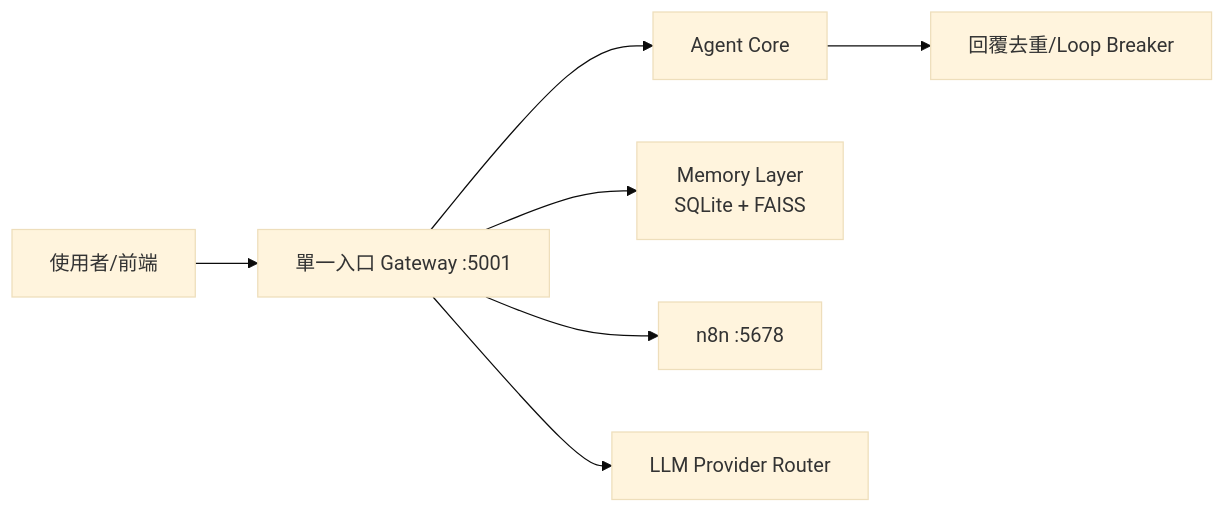
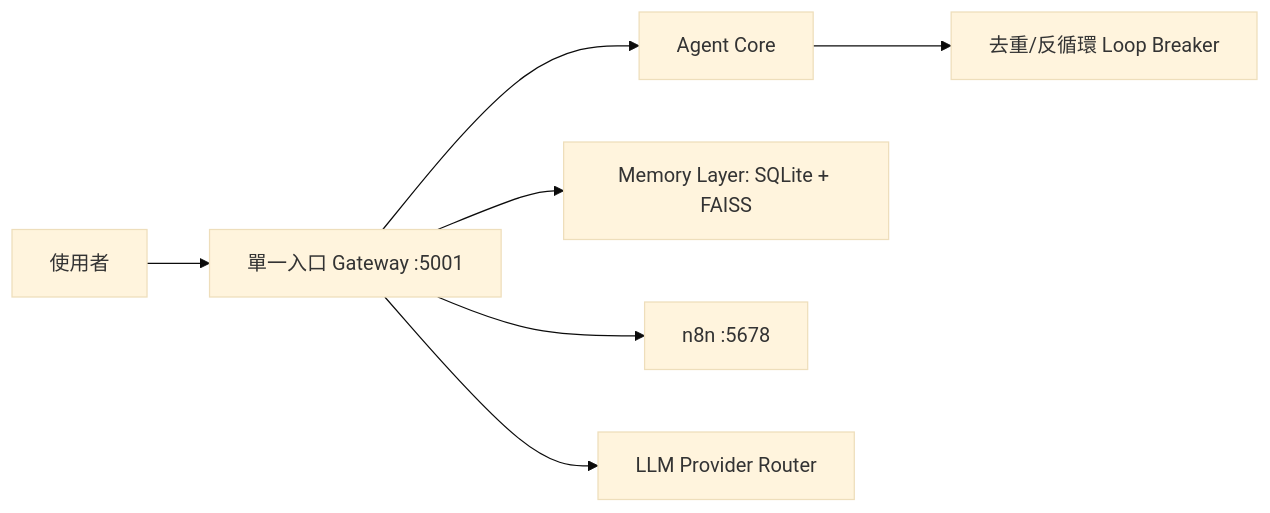
The diagram in 00_智能體中樞儀表板.md (m2244668822/desktop-tutorial), drawn with Mermaid (base theme) before and after one commit. The commit also changed other lines of this file and 43 other files, not shown here.

````diff
--- a/00_智能體中樞儀表板.md
+++ b/00_智能體中樞儀表板.md
@@ -9,9 +12,9 @@
 ```mermaid
 flowchart LR
-    U[使用者/前端] --> G[單一入口 Gateway :5001]
-    G --> A[Agent Core]
-    G --> M[Memory Layer\nSQLite + FAISS]
-    G --> N[n8n :5678]
-    G --> L[LLM Provider Router]
-    A --> R[回覆去重/Loop Breaker]
+    U["使用者"] --> G["單一入口 Gateway :5001"]
+    G --> A["Agent Core"]
+    G --> M["Memory Layer: SQLite + FAISS"]
+    G --> N["n8n :5678"]
+    G --> L["LLM Provider Router"]
+    A --> R["去重/反循環 Loop Breaker"]
 ```
````
